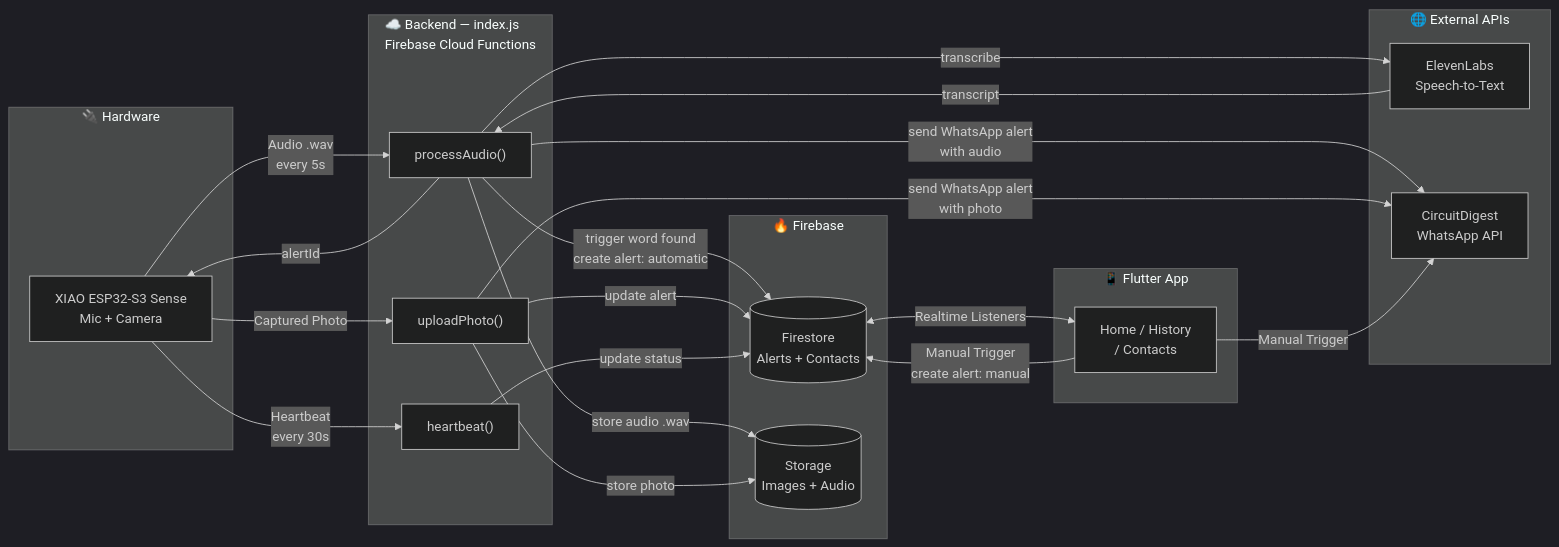
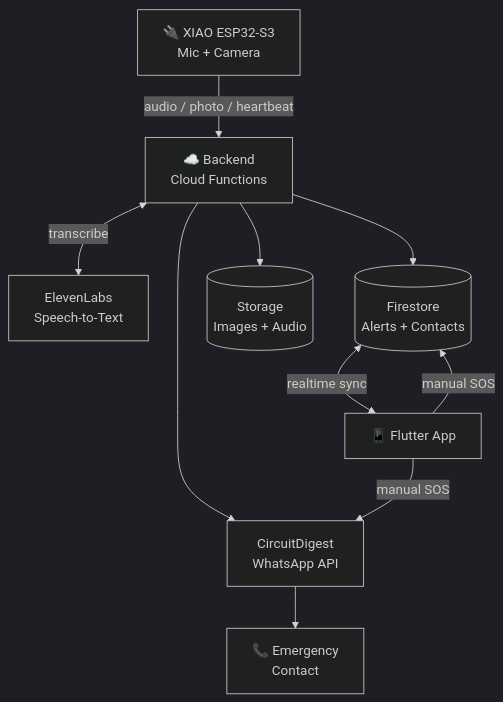
Before and after one commit to SubashreeT24/SheAlert: the first of 3 diagrams in README.md, drawn with Mermaid (dark theme). The commit also changed other lines of this file, not shown here.

Commit message:
Revise component architecture and alert flow diagrams
Updated the component architecture and alert flow diagrams in the README to reflect changes in the system design and functionality.

````diff
--- a/README.md
+++ b/README.md
@@ -65,43 +65,22 @@
 ```mermaid
-graph LR
-    subgraph Hardware["🔌 Hardware"]
-        ESP["XIAO ESP32-S3 Sense<br/>Mic + Camera"]
-    end
+flowchart TD
+    ESP["🔌 XIAO ESP32-S3<br/>Mic + Camera"]
+    BE["☁️ Backend<br/>Cloud Functions"]
+    STT["ElevenLabs<br/>Speech-to-Text"]
+    WA["CircuitDigest<br/>WhatsApp API"]
+    Contact["📞 Emergency<br/>Contact"]
+    FS[("Firestore<br/>Alerts + Contacts")]
+    ST[("Storage<br/>Images + Audio")]
+    APP["📱 Flutter App"]
 
-    subgraph Backend["☁️ Backend — index.js<br/>Firebase Cloud Functions"]
-        PA["processAudio()"]
-        UP["uploadPhoto()"]
-        HB["heartbeat()"]
-    end
+    ESP -->|"audio / photo / heartbeat"| BE
+    BE <-->|"transcribe"| STT
+    BE --> FS
+    BE --> ST
+    BE --> WA
+    WA --> Contact
 
-    subgraph FB["🔥 Firebase"]
-        FS[("Firestore<br/>Alerts + Contacts")]
-        ST[("Storage<br/>Images + Audio")]
-    end
-
-    subgraph External["🌐 External APIs"]
-        EL["ElevenLabs<br/>Speech-to-Text"]
-        CD["CircuitDigest<br/>WhatsApp API"]
-    end
-
-    subgraph Mobile["📱 Flutter App"]
-        FL["Home / History<br/>/ Contacts"]
-    end
-
-    ESP -->|"Audio .wav<br/>every 5s"| PA
-    PA -->|"transcribe"| EL
-    EL -->|"transcript"| PA
-    PA -->|"trigger word found<br/>create alert: automatic"| FS
-    PA -->|"store audio .wav"| ST
-    PA -->|"send WhatsApp alert<br/>with audio"| CD
-    PA -->|"alertId"| ESP
-    ESP -->|"Captured Photo"| UP
-    UP -->|"store photo"| ST
-    UP -->|"update alert"| FS
-    UP -->|"send WhatsApp alert<br/>with photo"| CD
-    ESP -->|"Heartbeat<br/>every 30s"| HB
-    HB -->|"update status"| FS
-    FL -->|"Manual Trigger<br/>create alert: manual"| FS
-    FL -->|"Manual Trigger"| CD
-    FS <-->|"Realtime Listeners"| FL
+    FS <-->|"realtime sync"| APP
+    APP -->|"manual SOS"| FS
+    APP -->|"manual SOS"| WA
 ```
````
